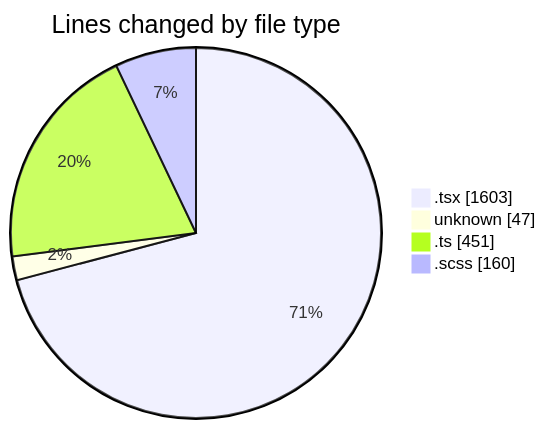
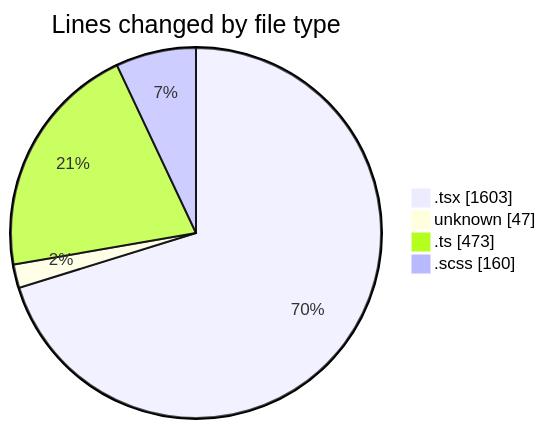
Before and after one commit to momahboobian/code-tracking: the first of 2 diagrams in 2025-09-18/cda/README.md, drawn with Mermaid. The commit also changed other lines of this file and 1 other file, not shown here.

````diff
--- a/2025-09-18/cda/README.md
+++ b/2025-09-18/cda/README.md
@@ -25,8 +25,8 @@
 ```mermaid
 pie showData
 title Lines changed by file type
 ".tsx" : 1603
 "unknown" : 47
-".ts" : 451
+".ts" : 473
 ".scss" : 160
 ```
````
